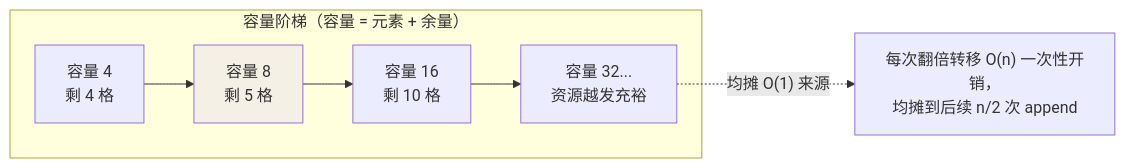
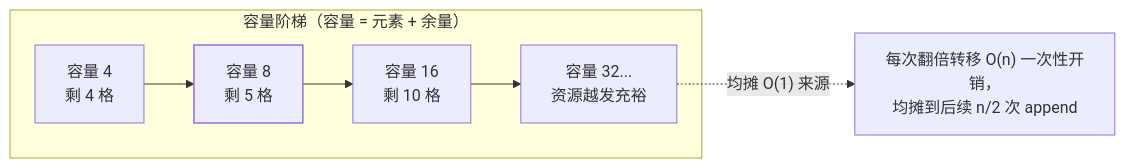
Before and after one commit to Loadhao/ascension: the diagram in src/content/docs/python/basic/data-structures/01-list-tuple.md, drawn with Mermaid. The commit also changed 87 other files, not shown here.

First line of the commit message:
fix: 全站图表配色改由主题接管，修复暗色主题下浅底浅字看不清

````diff
--- a/src/content/docs/python/basic/data-structures/01-list-tuple.md
+++ b/src/content/docs/python/basic/data-structures/01-list-tuple.md
@@ -26,9 +26,10 @@
 ```mermaid
 flowchart LR
     subgraph 扩["容量阶梯（容量 = 元素 + 余量）"]
         E1["容量 4<br/>剩 4 格"] --> E2["容量 8<br/>剩 5 格"]
         E2 --> E3["容量 16<br/>剩 10 格"] --> E4["容量 32...<br/>资源越发充裕"]
     end
     E4 -. "均摊 O(1) 来源" .-> note["每次翻倍转移 O(n) 一次性开销，<br/>均摊到后续 n/2 次 append"]
-    style E2 fill:#f5f0e6
+    class E2 hl
+    classDef hl stroke-width:1.5px
 ```
````
